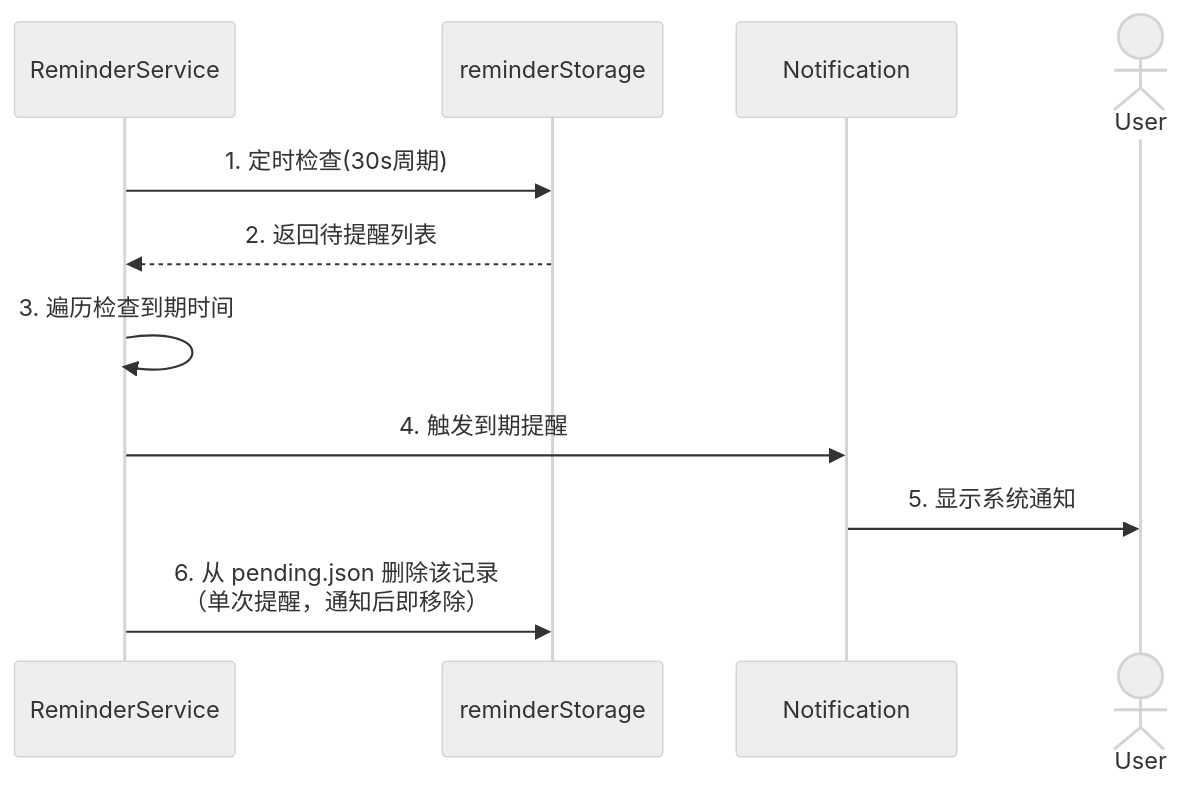
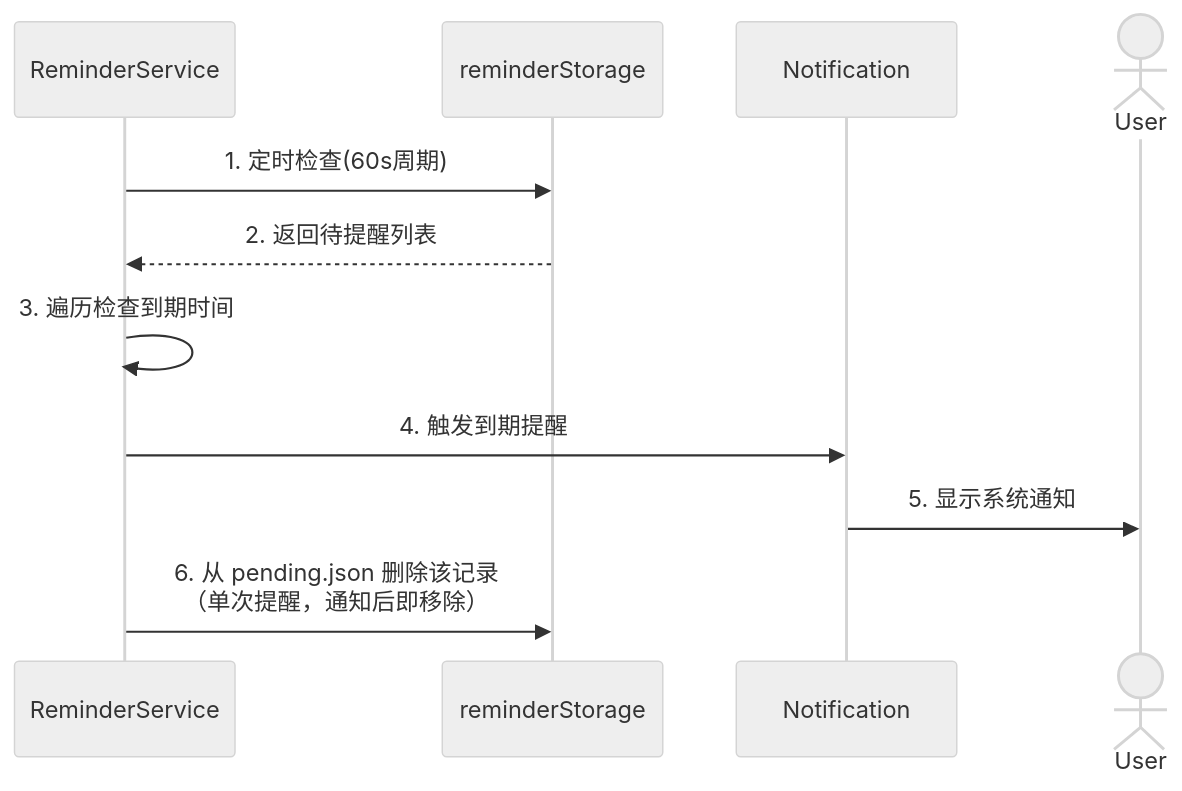
The second of 6 diagrams in docs/prd/reminder.md (MoonBottle/siyuan-plugin-bullet-journal), drawn with Mermaid (neutral theme) before and after one commit. The commit also changed other lines of this file and 1 other file, not shown here.

````diff
--- a/docs/prd/reminder.md
+++ b/docs/prd/reminder.md
@@ -209,14 +208,14 @@
 ```mermaid
 sequenceDiagram
     participant RS as ReminderService
     participant ST as reminderStorage
     participant N as Notification
     actor U as User
 
-    RS->>ST: 1. 定时检查(30s周期)
+    RS->>ST: 1. 定时检查(60s周期)
     ST-->>RS: 2. 返回待提醒列表
     RS->>RS: 3. 遍历检查到期时间
     RS->>N: 4. 触发到期提醒
     N->>U: 5. 显示系统通知
     RS->>ST: 6. 从 pending.json 删除该记录<br/>（单次提醒，通知后即移除）
 ```
````
